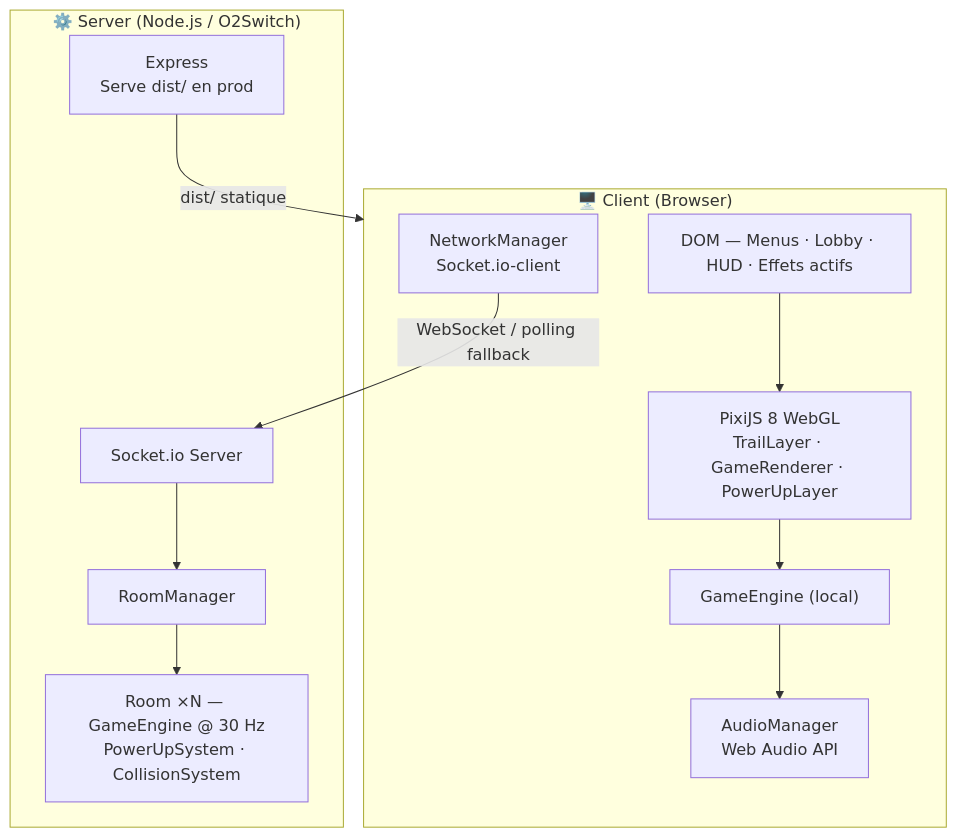
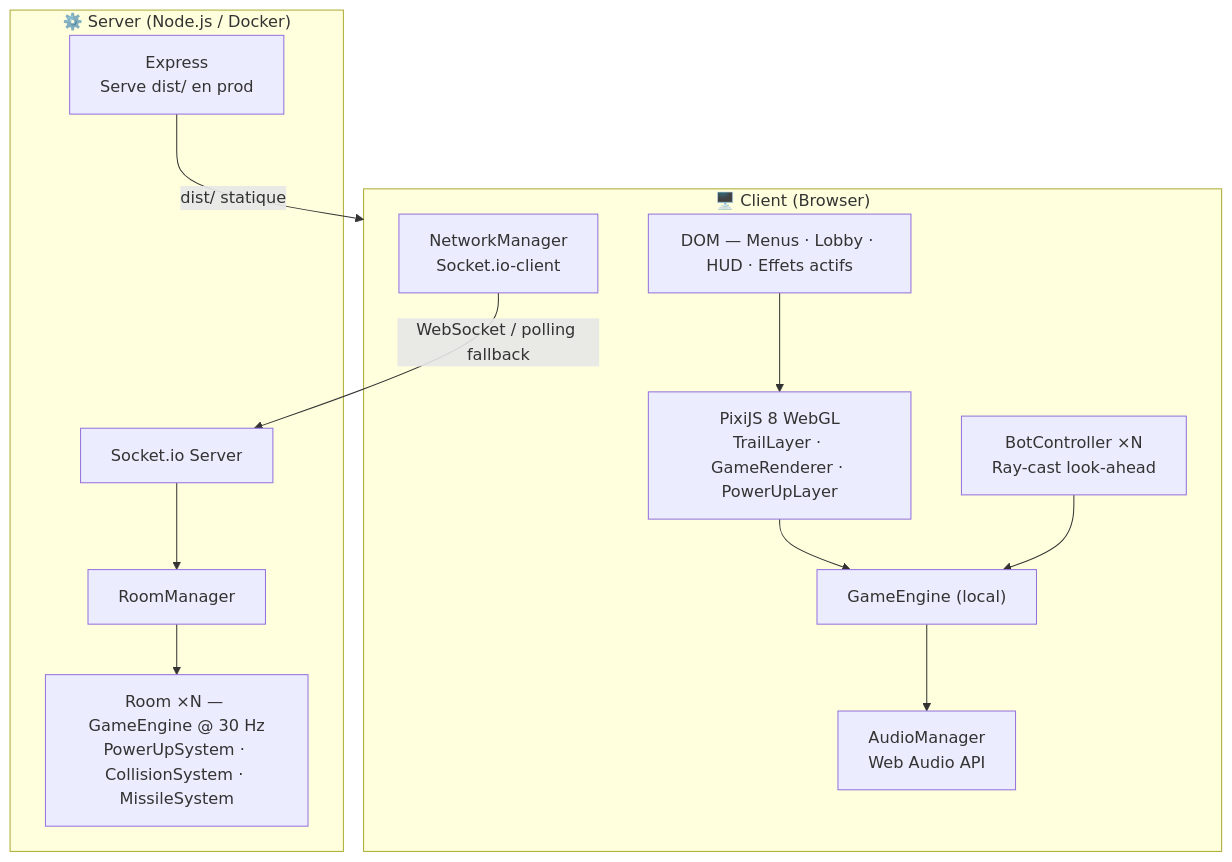
One commit to artkabis/crazycurve changed the first of 4 diagrams in README.md. Above: the diagram before and after it, drawn with Mermaid. The commit also changed other lines of this file, not shown here.

Commit message:
docs: update README to Phase 4 — bots, missiles, Docker, CI/CD

````diff
--- a/README.md
+++ b/README.md
@@ -52,24 +54,26 @@
 ```mermaid
 graph TD
     subgraph Client["🖥️ Client (Browser)"]
         UI["DOM — Menus · Lobby · HUD · Effets actifs"]
         PIXI["PixiJS 8 WebGL\nTrailLayer · GameRenderer · PowerUpLayer"]
         ENGINE_C["GameEngine (local)"]
+        BOT["BotController ×N\nRay-cast look-ahead"]
         NET["NetworkManager\nSocket.io-client"]
         AUDIO["AudioManager\nWeb Audio API"]
     end
 
-    subgraph Server["⚙️ Server (Node.js / O2Switch)"]
+    subgraph Server["⚙️ Server (Node.js / Docker)"]
         EXPRESS["Express\nServe dist/ en prod"]
         SIO["Socket.io Server"]
         RM["RoomManager"]
-        ROOM["Room ×N — GameEngine @ 30 Hz\nPowerUpSystem · CollisionSystem"]
+        ROOM["Room ×N — GameEngine @ 30 Hz\nPowerUpSystem · CollisionSystem · MissileSystem"]
     end
 
     UI --> PIXI
     PIXI --> ENGINE_C
     ENGINE_C --> AUDIO
+    BOT --> ENGINE_C
     NET -->|"WebSocket / polling fallback"| SIO
     SIO --> RM --> ROOM
     EXPRESS -->|"dist/ statique"| Client
 ```
````
